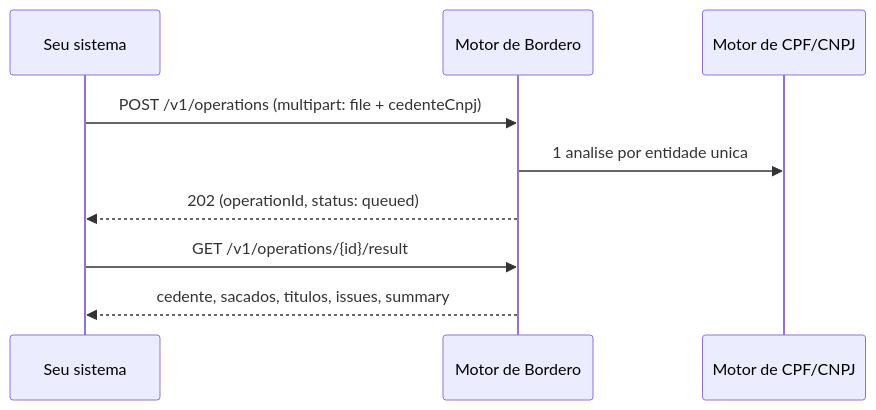
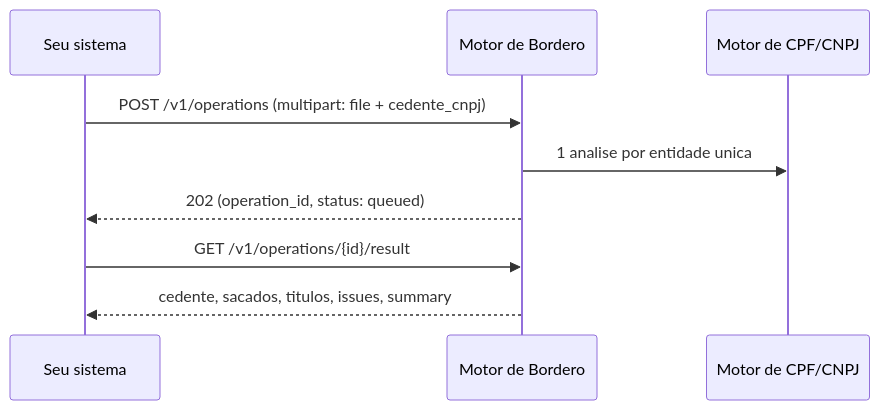
Before and after one commit to Sherlocker-LTDA/docs: the diagram in motores/introducao.mdx, drawn with Mermaid. The commit also changed other lines of this file and 16 other files, not shown here.

````diff
--- a/motores/introducao.mdx
+++ b/motores/introducao.mdx
@@ -33,11 +33,11 @@
 ```mermaid
 sequenceDiagram
     participant C as Seu sistema
     participant B as Motor de Bordero
     participant A as Motor de CPF/CNPJ
-    C->>B: POST /v1/operations (multipart: file + cedenteCnpj)
+    C->>B: POST /v1/operations (multipart: file + cedente_cnpj)
     B->>A: 1 analise por entidade unica
-    B-->>C: 202 (operationId, status: queued)
+    B-->>C: 202 (operation_id, status: queued)
     C->>B: GET /v1/operations/{id}/result
     B-->>C: cedente, sacados, titulos, issues, summary
 ```
````
